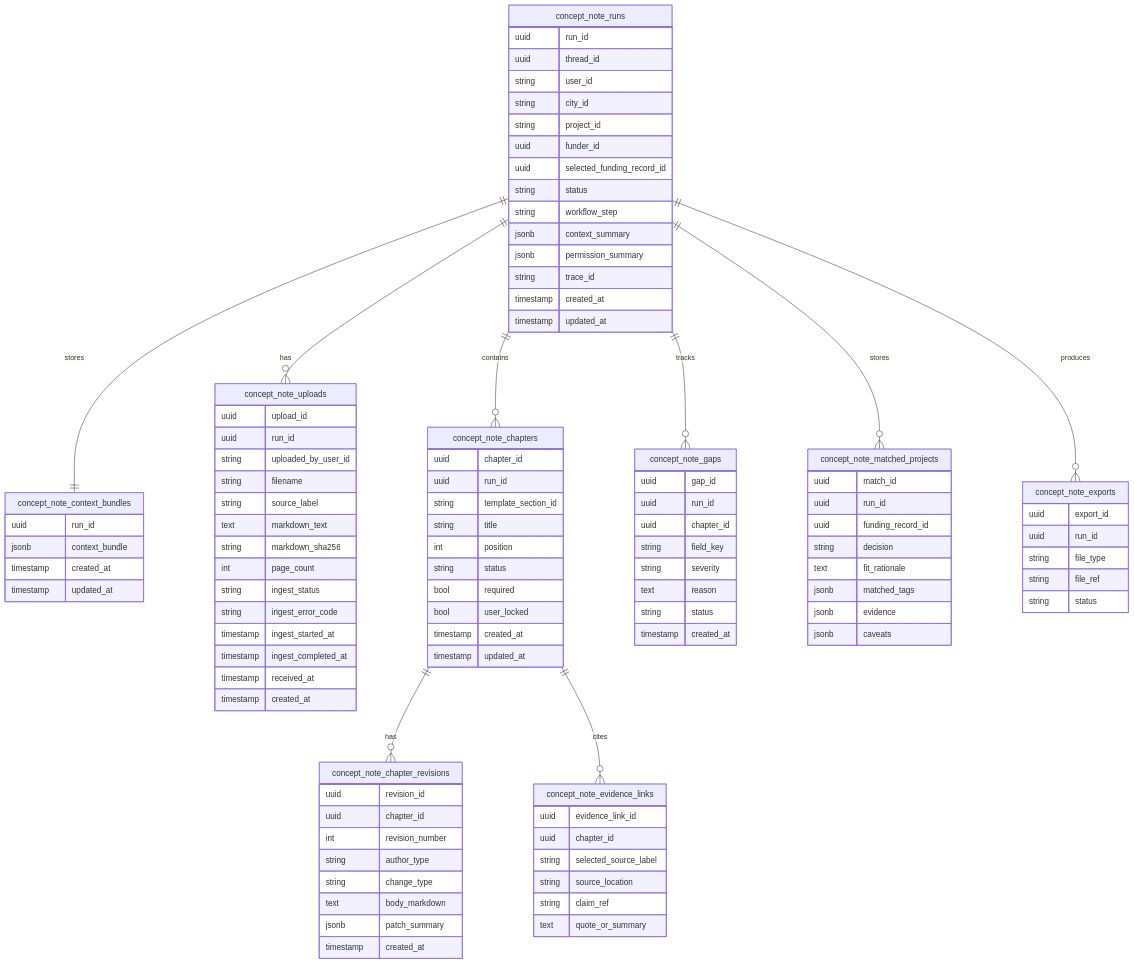
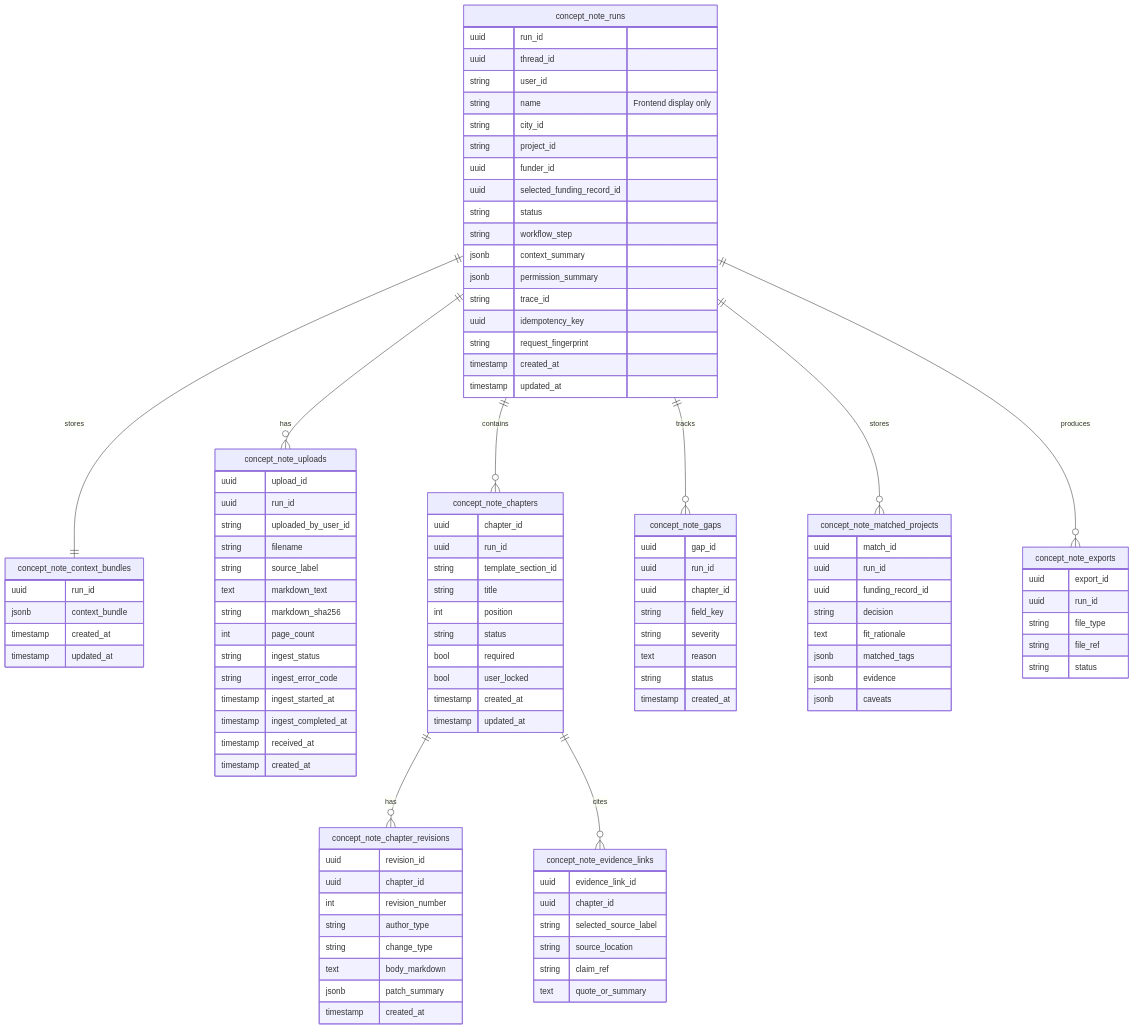
The sixth of 14 diagrams in docs/ConceptNoteBuilderArchitecture.md (Open-Earth-Foundation/CityCatalyst), drawn with Mermaid before and after one commit. The commit also changed other lines of this file and 16 other files, not shown here.

```diff
--- a/docs/ConceptNoteBuilderArchitecture.md
+++ b/docs/ConceptNoteBuilderArchitecture.md
@@ -782,6 +791,7 @@
         uuid run_id
         uuid thread_id
         string user_id
+        string name "Frontend display only"
         string city_id
         string project_id
         uuid funder_id
@@ -791,6 +801,8 @@
         jsonb context_summary
         jsonb permission_summary
         string trace_id
+        uuid idempotency_key
+        string request_fingerprint
         timestamp created_at
         timestamp updated_at
     }
```
